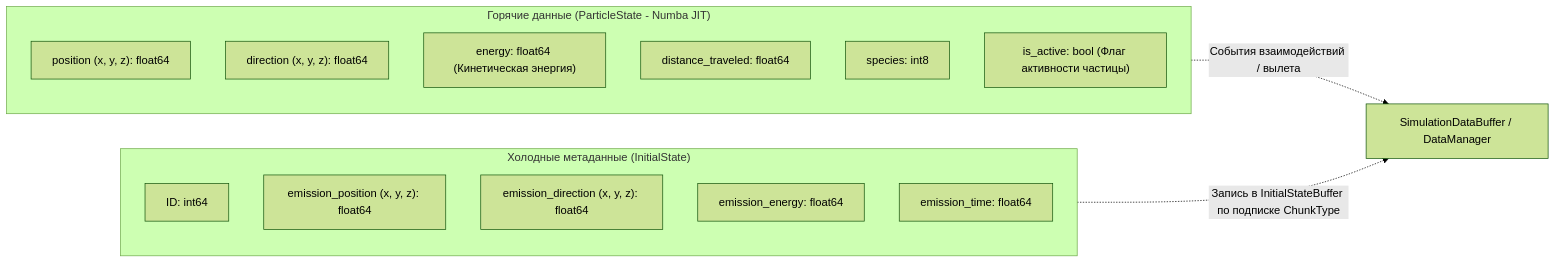
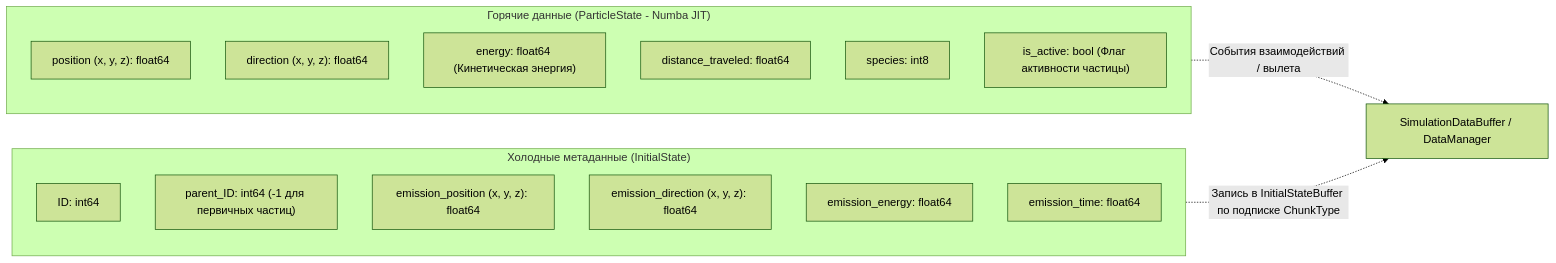
The first of 2 diagrams in docs/core_architecture.md (GurkoMikhail/NMSimToolkit), drawn with Mermaid (forest theme) before and after one commit. The commit also changed other lines of this file and 78 other files, not shown here.

````diff
--- a/docs/core_architecture.md
+++ b/docs/core_architecture.md
@@ -39,24 +40,25 @@
 ```mermaid
 flowchart LR
     subgraph HotState ["Горячие данные (ParticleState - Numba JIT)"]
         direction TB
         H1["position (x, y, z): float64"]
         H2["direction (x, y, z): float64"]
         H3["energy: float64 (Кинетическая энергия)"]
         H4["distance_traveled: float64"]
         H5["species: int8"]
         H6["is_active: bool (Флаг активности частицы)"]
     end
 
     subgraph ColdMetadata ["Холодные метаданные (InitialState)"]
         direction TB
         C1["ID: int64"]
+        C1P["parent_ID: int64 (-1 для первичных частиц)"]
         C2["emission_position (x, y, z): float64"]
         C3["emission_direction (x, y, z): float64"]
         C4["emission_energy: float64"]
         C5["emission_time: float64"]
     end
 
     HotState -.->|События взаимодействий / вылета| Out["SimulationDataBuffer / DataManager"]
     ColdMetadata -.->|Запись в InitialStateBuffer по подписке ChunkType| Out
 ```
````
